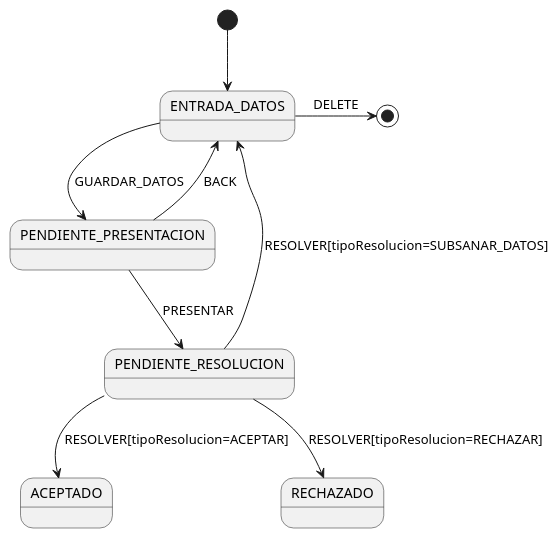
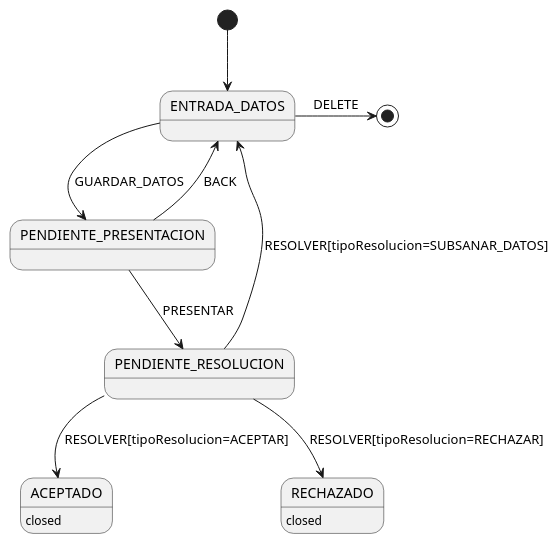
One commit to educaflow/secretaria-virtual changed the diagram in src/main/java/com/educaflow/tramites/justificacion_falta_profesorado/v1/estados.puml. Above: the diagram before and after it, drawn with PlantUML.

Commit message:
Marcar en el diagrama uml de estados del expediente que está cerrado

```diff
--- a/src/main/java/com/educaflow/tramites/justificacion_falta_profesorado/v1/estados.puml
+++ b/src/main/java/com/educaflow/tramites/justificacion_falta_profesorado/v1/estados.puml
@@ -1,12 +1,15 @@
 @startuml
 
 [*] --> ENTRADA_DATOS
 ENTRADA_DATOS -> [*] : DELETE
 ENTRADA_DATOS --> PENDIENTE_PRESENTACION : GUARDAR_DATOS
 PENDIENTE_PRESENTACION --> ENTRADA_DATOS : BACK
 PENDIENTE_PRESENTACION --> PENDIENTE_RESOLUCION : PRESENTAR
 PENDIENTE_RESOLUCION --> ENTRADA_DATOS : RESOLVER[tipoResolucion=SUBSANAR_DATOS]
 PENDIENTE_RESOLUCION --> ACEPTADO : RESOLVER[tipoResolucion=ACEPTAR]
 PENDIENTE_RESOLUCION --> RECHAZADO : RESOLVER[tipoResolucion=RECHAZAR]
 
+ACEPTADO : closed
+RECHAZADO : closed
+
 @enduml
```
